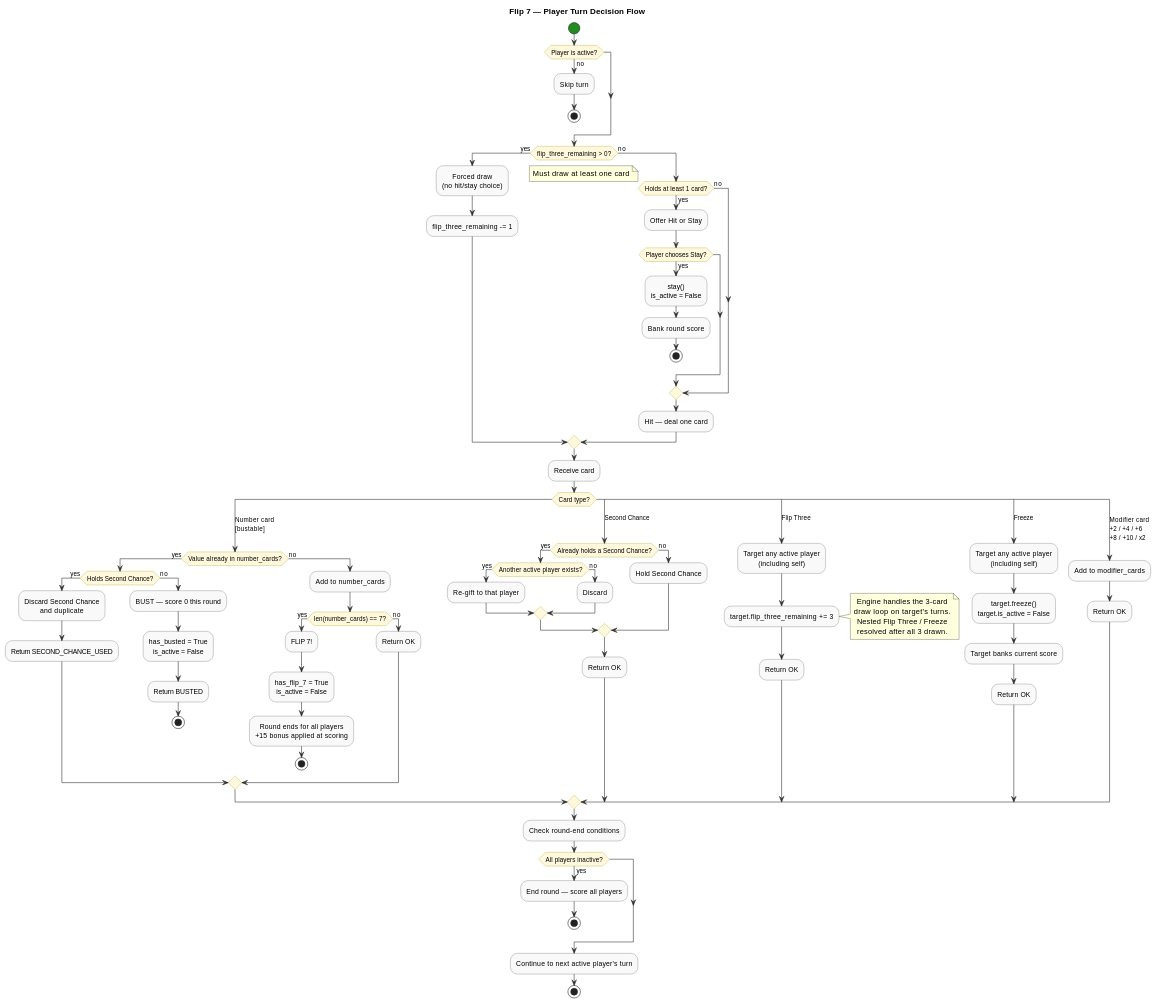
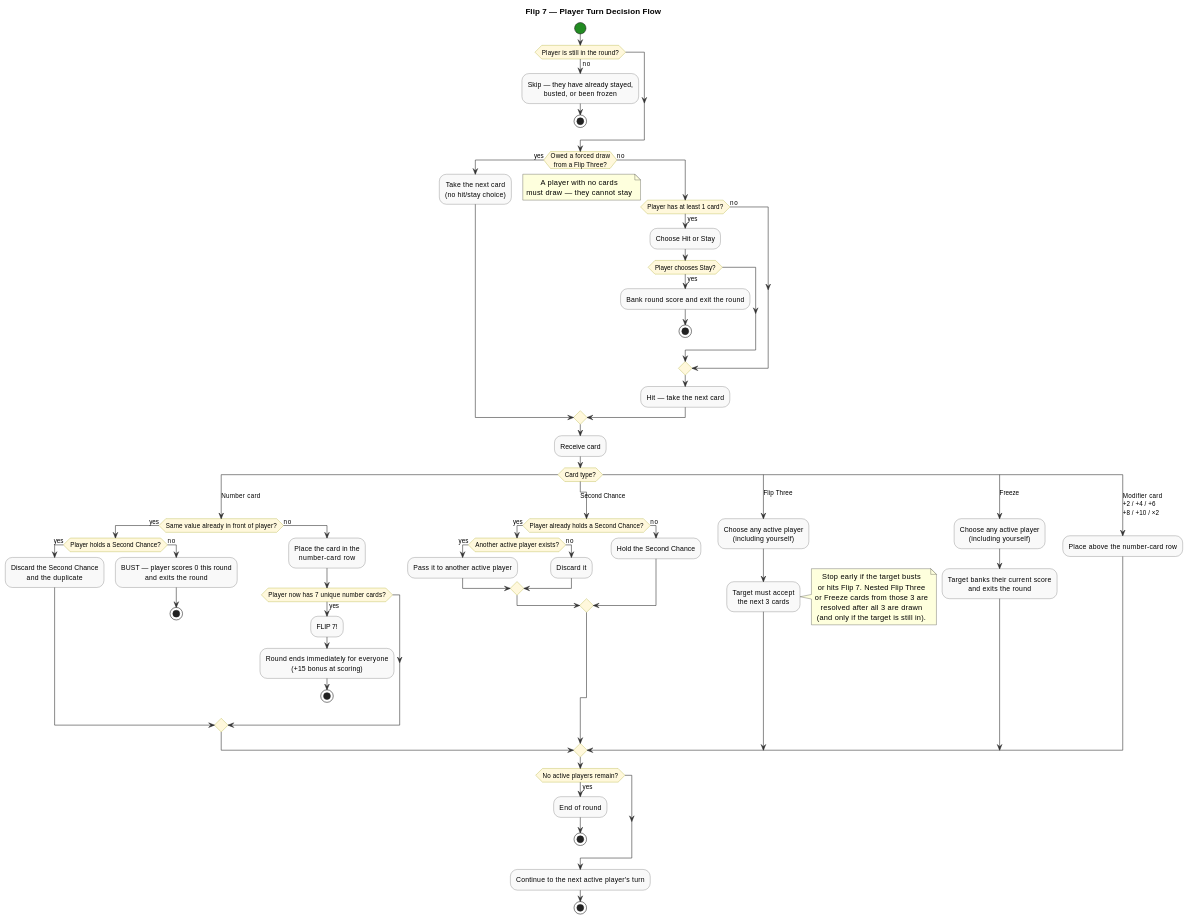
The first of 2 diagrams in docs/rules.md (benhalladay08/flop7), drawn with PlantUML before and after one commit. The commit also changed other lines of this file and 1 other file, not shown here.

```diff
--- a/docs/rules.md
+++ b/docs/rules.md
@@ -237,99 +237,84 @@
 
 start
 
-if (Player is active?) then (no)
-  :Skip turn;
+if (Player is still in the round?) then (no)
+  :Skip — they have already stayed,\nbusted, or been frozen;
   stop
 endif
 
-if (flip_three_remaining > 0?) then (yes)
-  :Forced draw\n(no hit/stay choice);
-  :flip_three_remaining -= 1;
+if (Owed a forced draw\nfrom a Flip Three?) then (yes)
+  :Take the next card\n(no hit/stay choice);
 else (no)
-  if (Holds at least 1 card?) then (yes)
-    :Offer Hit or Stay;
+  if (Player has at least 1 card?) then (yes)
+    :Choose Hit or Stay;
     if (Player chooses Stay?) then (yes)
-      :stay()\nis_active = False;
-      :Bank round score;
+      :Bank round score and exit the round;
       stop
     endif
   else (no)
-    note right: Must draw at least one card
+    note right: A player with no cards\nmust draw — they cannot stay
   endif
-  :Hit — deal one card;
+  :Hit — take the next card;
 endif
 
 :Receive card;
 
 switch (Card type?)
 
-case (Number card\n[bustable])
-  if (Value already in number_cards?) then (yes)
-    if (Holds Second Chance?) then (yes)
-      :Discard Second Chance\nand duplicate;
-      :Return SECOND_CHANCE_USED;
+case (Number card)
+  if (Same value already in front of player?) then (yes)
+    if (Player holds a Second Chance?) then (yes)
+      :Discard the Second Chance\nand the duplicate;
     else (no)
-      :BUST — score 0 this round;
-      :has_busted = True\nis_active = False;
-      :Return BUSTED;
+      :BUST — player scores 0 this round\nand exits the round;
       stop
     endif
   else (no)
-    :Add to number_cards;
-    if (len(number_cards) == 7?) then (yes)
+    :Place the card in the\nnumber-card row;
+    if (Player now has 7 unique number cards?) then (yes)
       :FLIP 7!;
-      :has_flip_7 = True\nis_active = False;
-      :Round ends for all players\n+15 bonus applied at scoring;
+      :Round ends immediately for everyone\n(+15 bonus at scoring);
       stop
-    else (no)
-      :Return OK;
     endif
   endif
 
 case (Second Chance)
-  if (Already holds a Second Chance?) then (yes)
+  if (Player already holds a Second Chance?) then (yes)
     if (Another active player exists?) then (yes)
-      :Re-gift to that player;
+      :Pass it to another active player;
     else (no)
-      :Discard;
+      :Discard it;
     endif
   else (no)
-    :Hold Second Chance;
+    :Hold the Second Chance;
   endif
-  :Return OK;
 
 case (Flip Three)
-  :Target any active player
-(including self);
-  :target.flip_three_remaining += 3;
+  :Choose any active player\n(including yourself);
+  :Target must accept\nthe next 3 cards;
   note right
-    Engine handles the 3-card
-    draw loop on target's turns.
-    Nested Flip Three / Freeze
-    resolved after all 3 drawn.
+    Stop early if the target busts
+    or hits Flip 7. Nested Flip Three
+    or Freeze cards from those 3 are
+    resolved after all 3 are drawn
+    (and only if the target is still in).
   end note
-  :Return OK;
 
 case (Freeze)
-  :Target any active player\n(including self);
-  :target.freeze()\ntarget.is_active = False;
-  :Target banks current score;
-  :Return OK;
+  :Choose any active player\n(including yourself);
+  :Target banks their current score\nand exits the round;
 
-case (Modifier card\n+2 / +4 / +6\n+8 / +10 / x2)
-  :Add to modifier_cards;
-  :Return OK;
+case (Modifier card\n+2 / +4 / +6\n+8 / +10 / ×2)
+  :Place above the number-card row;
 
 endswitch
 
-:Check round-end conditions;
-
-if (All players inactive?) then (yes)
-  :End round — score all players;
+if (No active players remain?) then (yes)
+  :End of round;
   stop
 endif
 
-:Continue to next active player's turn;
+:Continue to the next active player's turn;
 
 stop
 @enduml
```
